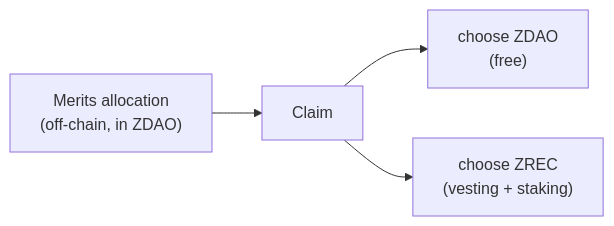
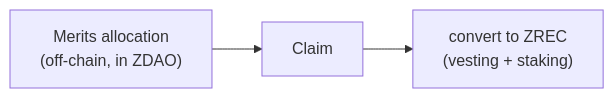
The third of 3 diagrams in docs/business-logic/02-foundational-phase.md (blockvault-ai/zero-energy), drawn with Mermaid before and after one commit. The commit also changed other lines of this file and 3 other files, not shown here.

Commit message:
docs: modelo de 2 ramas en ciclo operativo — Mérits solo convierte a ZREC con vesting (v3.3)

````diff
--- a/docs/business-logic/02-foundational-phase.md
+++ b/docs/business-logic/02-foundational-phase.md
@@ -86,6 +84,5 @@
 ```mermaid
 flowchart LR
     A["Merits allocation<br/>(off-chain, in ZDAO)"] --> B[Claim]
-    B --> C["choose ZDAO<br/>(free)"]
-    B --> D["choose ZREC<br/>(vesting + staking)"]
+    B --> C["convert to ZREC<br/>(vesting + staking)"]
 ```
````
